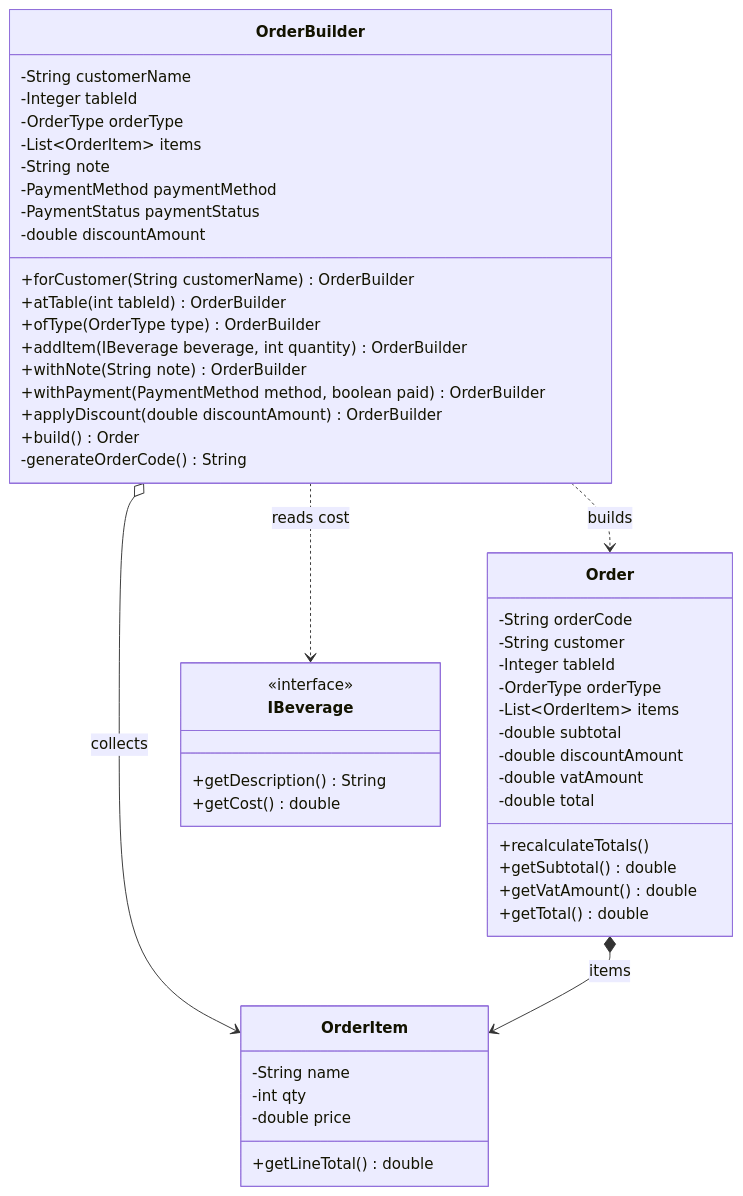
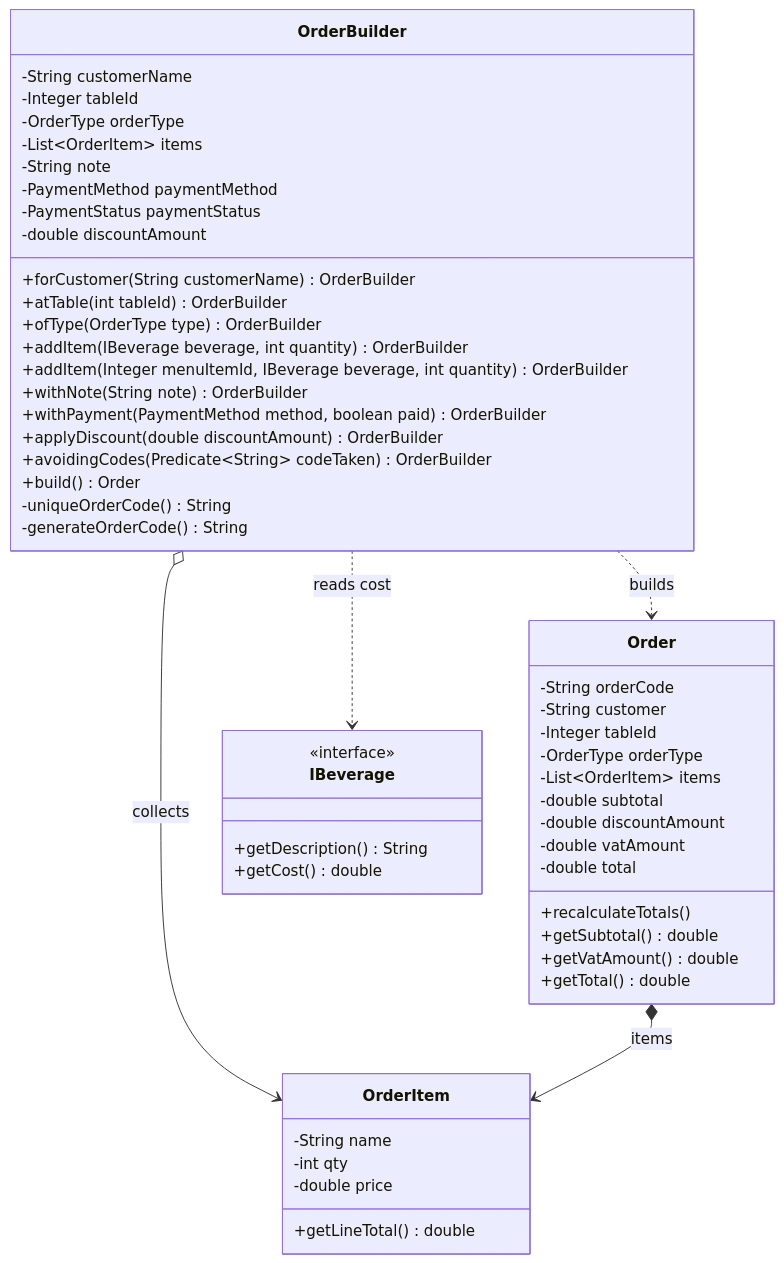
The third of 9 diagrams in docs/DESIGN_PATTERNS_SPEC.md (HubertPhung/WebQuanLyQuanCafe-DesignPatterns), drawn with Mermaid before and after one commit. The commit also changed other lines of this file and 124 other files, not shown here.

````diff
--- a/docs/DESIGN_PATTERNS_SPEC.md
+++ b/docs/DESIGN_PATTERNS_SPEC.md
@@ -367,56 +370,59 @@
 ```mermaid
 classDiagram
     class OrderBuilder {
         -String customerName
         -Integer tableId
         -OrderType orderType
         -List~OrderItem~ items
         -String note
         -PaymentMethod paymentMethod
         -PaymentStatus paymentStatus
         -double discountAmount
         +forCustomer(String customerName) OrderBuilder
         +atTable(int tableId) OrderBuilder
         +ofType(OrderType type) OrderBuilder
         +addItem(IBeverage beverage, int quantity) OrderBuilder
+        +addItem(Integer menuItemId, IBeverage beverage, int quantity) OrderBuilder
         +withNote(String note) OrderBuilder
         +withPayment(PaymentMethod method, boolean paid) OrderBuilder
         +applyDiscount(double discountAmount) OrderBuilder
+        +avoidingCodes(Predicate~String~ codeTaken) OrderBuilder
         +build() Order
+        -uniqueOrderCode() String
         -generateOrderCode() String
     }
 
     class Order {
         -String orderCode
         -String customer
         -Integer tableId
         -OrderType orderType
         -List~OrderItem~ items
         -double subtotal
         -double discountAmount
         -double vatAmount
         -double total
         +recalculateTotals()
         +getSubtotal() double
         +getVatAmount() double
         +getTotal() double
     }
 
     class OrderItem {
         -String name
         -int qty
         -double price
         +getLineTotal() double
     }
 
     class IBeverage {
         <<interface>>
         +getDescription() String
         +getCost() double
     }
 
     OrderBuilder ..> Order : builds
     OrderBuilder ..> IBeverage : reads cost
     OrderBuilder o--> OrderItem : collects
     Order *--> OrderItem : items
 ```
````
